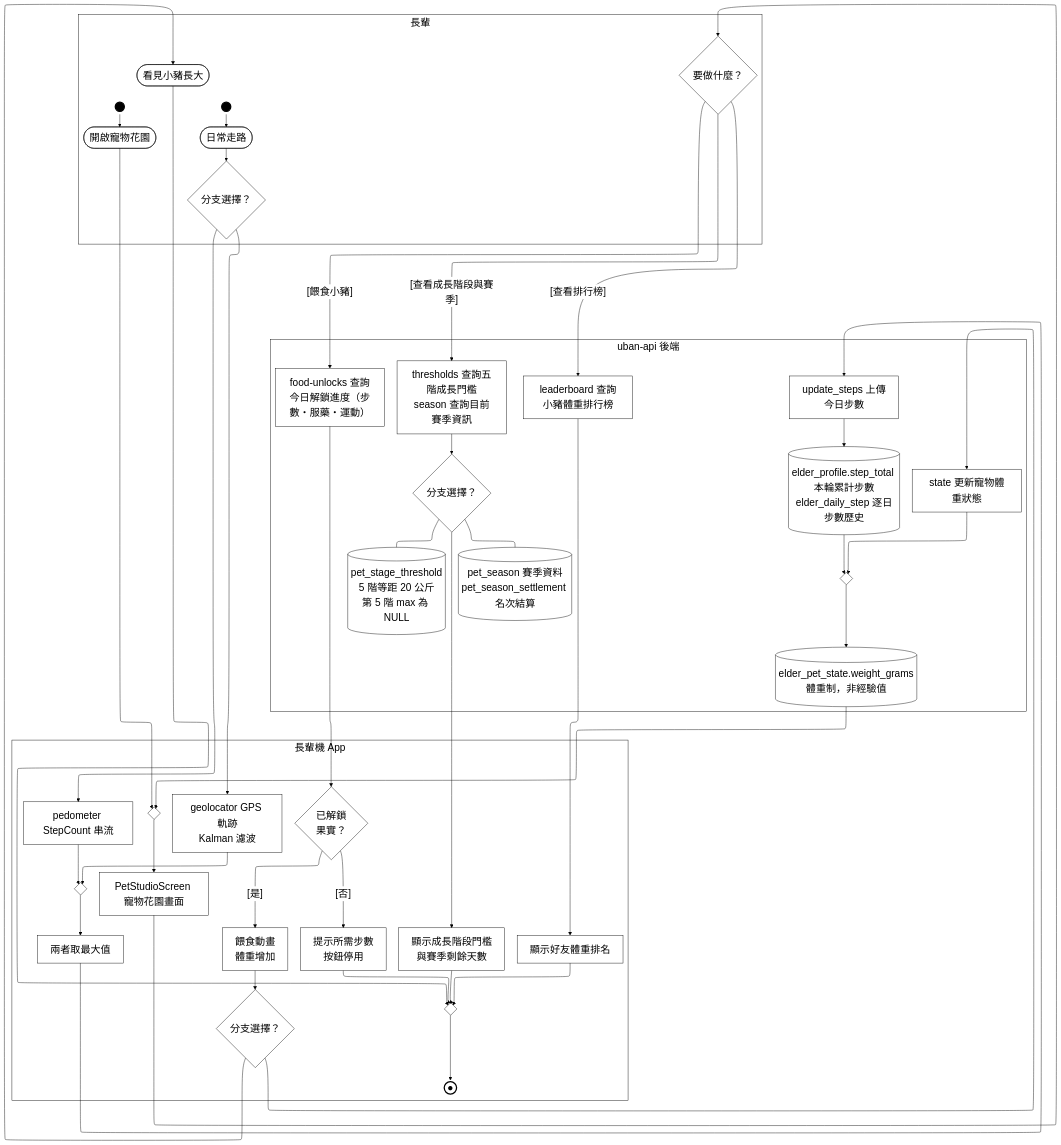
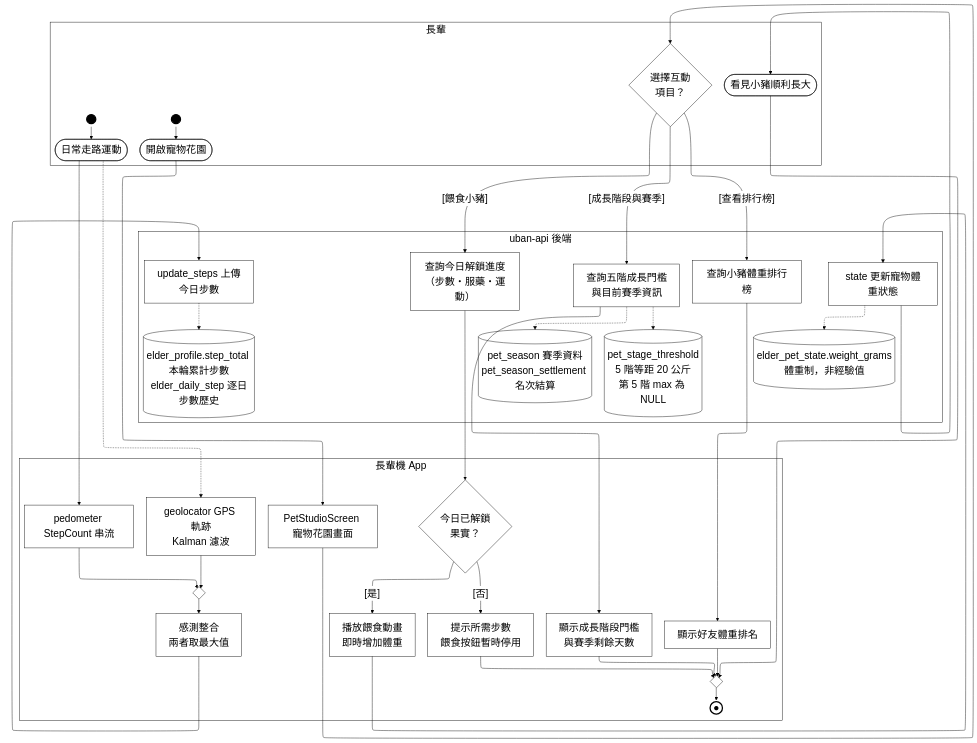
Before and after one commit to HuangYu-Kai/Uban: the diagram in Uban System Documents/mermaid原始碼/A06-趣味養成.mmd, drawn with Mermaid. The commit also changed 116 other files, not shown here.

```diff
--- a/Uban System Documents/mermaid原始碼/A06-趣味養成.mmd
+++ b/Uban System Documents/mermaid原始碼/A06-趣味養成.mmd
@@ -1,87 +1,75 @@
 %%{init:{"layout":"elk","elk":{"mergeEdges":false,"nodePlacementStrategy":"NETWORK_SIMPLEX"},"flowchart":{"htmlLabels":true},"themeVariables":{"clusterBkg":"#FFFFFF","clusterBorder":"#000000","edgeLabelBackground":"#FFFFFF","textColor":"#000000","nodeTextColor":"#000000","titleColor":"#000000","lineColor":"#000000","fontSize":"24px"}}}%%
 flowchart TD
   %% 鎖住泳道順序：ELK 不照宣告順序排，沒有這條鏈後端會跑到最上面
   subgraph ROLE["長輩"]
     PAD_ROLE["&nbsp;&nbsp;&nbsp;&nbsp;&nbsp;&nbsp;&nbsp;&nbsp;&nbsp;&nbsp;&nbsp;&nbsp;&nbsp;&nbsp;&nbsp;&nbsp;&nbsp;&nbsp;&nbsp;&nbsp;&nbsp;&nbsp;&nbsp;&nbsp;&nbsp;&nbsp;&nbsp;&nbsp;&nbsp;&nbsp;&nbsp;&nbsp;&nbsp;&nbsp;&nbsp;&nbsp;&nbsp;&nbsp;&nbsp;&nbsp;&nbsp;&nbsp;&nbsp;&nbsp;&nbsp;&nbsp;&nbsp;&nbsp;&nbsp;&nbsp;&nbsp;&nbsp;&nbsp;&nbsp;&nbsp;&nbsp;&nbsp;&nbsp;&nbsp;&nbsp;&nbsp;&nbsp;&nbsp;&nbsp;&nbsp;&nbsp;&nbsp;&nbsp;&nbsp;&nbsp;&nbsp;&nbsp;&nbsp;&nbsp;&nbsp;&nbsp;&nbsp;&nbsp;&nbsp;&nbsp;&nbsp;&nbsp;&nbsp;&nbsp;&nbsp;&nbsp;&nbsp;&nbsp;&nbsp;&nbsp;&nbsp;&nbsp;&nbsp;&nbsp;&nbsp;&nbsp;&nbsp;&nbsp;&nbsp;&nbsp;&nbsp;&nbsp;&nbsp;&nbsp;&nbsp;&nbsp;&nbsp;&nbsp;&nbsp;&nbsp;&nbsp;&nbsp;&nbsp;&nbsp;&nbsp;&nbsp;&nbsp;&nbsp;&nbsp;&nbsp;&nbsp;&nbsp;&nbsp;&nbsp;&nbsp;&nbsp;&nbsp;&nbsp;&nbsp;&nbsp;&nbsp;&nbsp;&nbsp;&nbsp;&nbsp;&nbsp;&nbsp;&nbsp;&nbsp;&nbsp;&nbsp;&nbsp;"]:::pad
     ST_S1(("&nbsp;")):::term
-    S1([日常走路]):::act
+    S1([日常走路運動]):::act
     ST_S2(("&nbsp;")):::term
     S2([開啟寵物花園]):::act
-    S3{"要做什麼？"}:::dec
-    S4(["看見小豬長大"]):::act
-    D_S1{"分支選擇？"}:::dec
+    S3{"選擇互動<br/>項目？"}:::dec
+    S4(["看見小豬順利長大"]):::act
   end
   subgraph FE["長輩機 App"]
     P1["pedometer StepCount 串流"]:::act
     P2["geolocator GPS 軌跡<br/>Kalman 濾波"]:::act
-    P3["兩者取最大值"]:::act
+    P3["感測整合<br/>兩者取最大值"]:::act
     A1["PetStudioScreen 寵物花園畫面"]:::act
     A2["顯示成長階段門檻<br/>與賽季剩餘天數"]:::act
     A3["顯示好友體重排名"]:::act
-    A4{"已解鎖<br/>果實？"}:::dec
-    A5["餵食動畫<br/>體重增加"]:::act
-    A6["提示所需步數<br/>按鈕停用"]:::act
-    D_A5{"分支選擇？"}:::dec
+    A4{"今日已解鎖<br/>果實？"}:::dec
+    A5["播放餵食動畫<br/>即時增加體重"]:::act
+    A6["提示所需步數<br/>餵食按鈕暫時停用"]:::act
     M_P3{" "}:::dec
-    M_A1{" "}:::dec
     M_END{" "}:::dec
     EN_ALL(("●")):::endterm
   end
   subgraph BE["uban-api 後端"]
     PAD_BE["&nbsp;&nbsp;&nbsp;&nbsp;&nbsp;&nbsp;&nbsp;&nbsp;&nbsp;&nbsp;&nbsp;&nbsp;&nbsp;&nbsp;&nbsp;&nbsp;&nbsp;&nbsp;&nbsp;&nbsp;&nbsp;&nbsp;&nbsp;&nbsp;&nbsp;&nbsp;&nbsp;&nbsp;&nbsp;&nbsp;&nbsp;&nbsp;&nbsp;&nbsp;&nbsp;&nbsp;&nbsp;&nbsp;"]:::pad
     B1["update_steps 上傳今日步數"]:::act
-    B2["thresholds 查詢五階成長門檻<br/>season 查詢目前賽季資訊"]:::act
-    B3["leaderboard 查詢小豬體重排行榜"]:::act
-    B4["food-unlocks 查詢今日解鎖進度（步數・服藥・運動）"]:::act
+    B2["查詢五階成長門檻<br/>與目前賽季資訊"]:::act
+    B3["查詢小豬體重排行榜"]:::act
+    B4["查詢今日解鎖進度（步數・服藥・運動）"]:::act
     B5["state 更新寵物體重狀態"]:::act
     D1[("elder_profile.step_total 本輪累計步數<br/>elder_daily_step 逐日步數歷史")]:::act
     D2[("elder_pet_state.weight_grams<br/>體重制，非經驗值")]:::act
     D3[("pet_stage_threshold<br/>5 階等距 20 公斤<br/>第 5 階 max 為 NULL")]:::act
     D4[("pet_season 賽季資料<br/>pet_season_settlement 名次結算")]:::act
-    D_B2{"分支選擇？"}:::dec
-    M_D2{" "}:::dec
   end
 
   ST_S1 --> S1
+  S1 --> P1
+  S1 -.-> P2
+  P1 --> M_P3
+  P2 --> M_P3
+  M_P3 --> P3
+  P3 --> B1
+  B1 -.-> D1
   ST_S2 --> S2
-  D_S1 --> P1
-  P1 --> M_P3
-  D_S1 --> P2
-  P2 --> M_P3
-  P3 --> B1
-  B1 --> D1
-  D1 --> M_D2
-  S2 --> M_A1
+  S2 --> A1
   A1 --> S3
-  S3 -->|"[查看成長階段與賽季]"| B2
-  D_B2 --> A2
-  D_B2 --- D3
-  D_B2 --- D4
+  S3 -->|"[成長階段與賽季]"| B2
+  B2 -.-> D3
+  B2 -.-> D4
+  B2 --> A2
   S3 -->|"[查看排行榜]"| B3
   B3 --> A3
   S3 -->|"[餵食小豬]"| B4
   B4 --> A4
   A4 -->|"[是]"| A5
-  D_A5 --> B5
-  B5 --> M_D2
+  A5 --> B5
+  B5 -.-> D2
+  B5 --> S4
   A4 -->|"[否]"| A6
-  D_A5 --> S4
-  D2 --> M_A1
   S4 --> M_END
   A2 --> M_END
   A3 --> M_END
   A6 --> M_END
-  S1 --> D_S1
-  B2 --> D_B2
-  A5 --> D_A5
-  M_P3 --> P3
-  M_D2 --> D2
-  M_A1 --> A1
   M_END --> EN_ALL
   ROLE ~~~ FE ~~~ BE
   classDef pad  fill:none,stroke:none,color:#FFFFFF
   classDef act  fill:#FFFFFF,stroke:#000000,stroke-width:1px,color:#000000
   classDef dec  fill:#FFFFFF,stroke:#000000,stroke-width:1px,color:#000000
   classDef term fill:#000000,stroke:#000000,stroke-width:3px,color:#000000
   classDef endterm fill:#FFFFFF,stroke:#000000,stroke-width:3px,color:#000000
   classDef gap  fill:#FFFFFF,stroke:#000000,stroke-width:1px,color:#000000,stroke-dasharray:4 3
```
